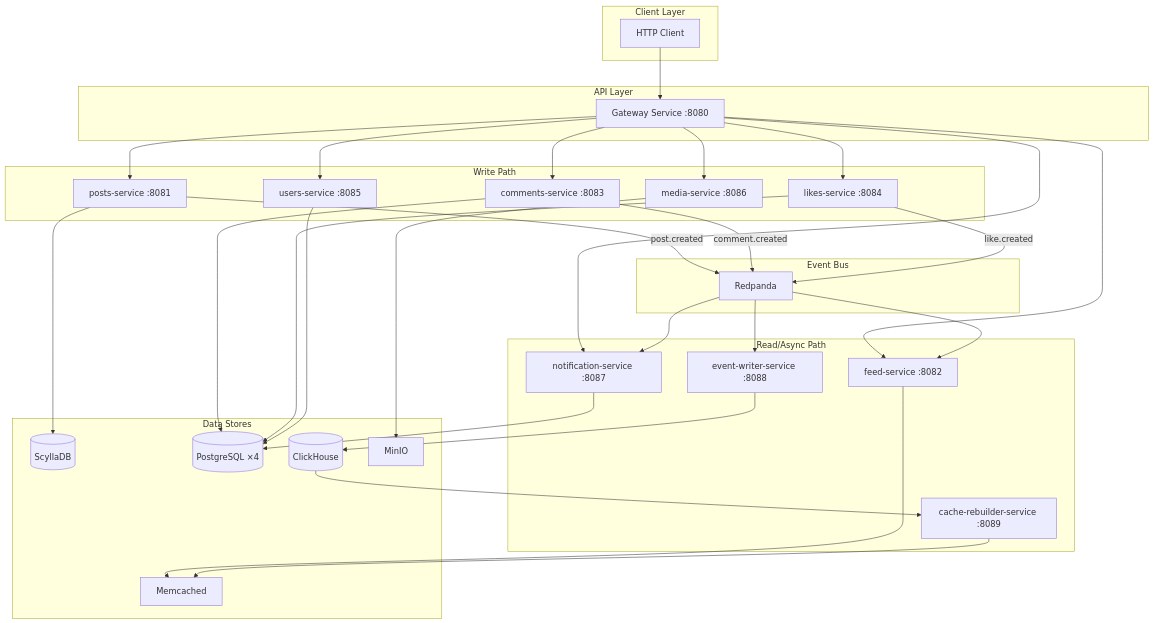
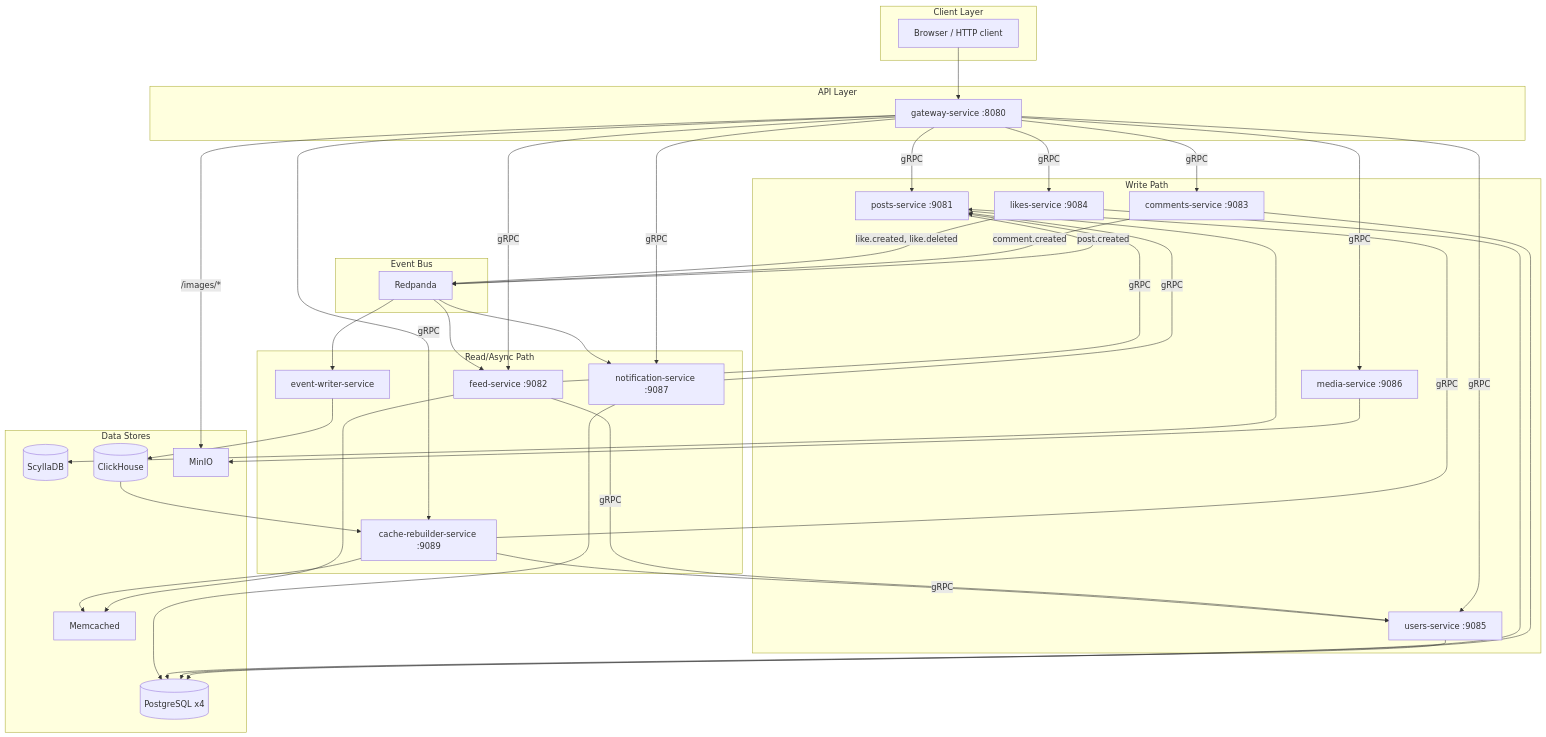
The first of 2 diagrams in docs/architecture.md (vahan-sahakyan/distributed-social-network), drawn with Mermaid before and after one commit. The commit also changed other lines of this file and 6 other files, not shown here.

````diff
--- a/docs/architecture.md
+++ b/docs/architecture.md
@@ -11,59 +11,63 @@
 ```mermaid
 graph TB
     subgraph "Client Layer"
-        Client[HTTP Client]
+        Client[Browser / HTTP client]
     end
 
     subgraph "API Layer"
-        GW[Gateway Service :8080]
+        GW[gateway-service :8080]
     end
 
     subgraph "Write Path"
-        Posts[posts-service :8081]
-        Comments[comments-service :8083]
-        Likes[likes-service :8084]
-        Users[users-service :8085]
-        Media[media-service :8086]
+        Posts[posts-service :9081]
+        Comments[comments-service :9083]
+        Likes[likes-service :9084]
+        Users[users-service :9085]
+        Media[media-service :9086]
     end
 
     subgraph "Event Bus"
         RP[Redpanda]
     end
 
     subgraph "Read/Async Path"
-        Feed[feed-service :8082]
-        Notif[notification-service :8087]
-        EW[event-writer-service :8088]
-        CR[cache-rebuilder-service :8089]
+        Feed[feed-service :9082]
+        Notif[notification-service :9087]
+        EW[event-writer-service]
+        CR[cache-rebuilder-service :9089]
     end
 
     subgraph "Data Stores"
         ScyllaDB[(ScyllaDB)]
-        PG[(PostgreSQL ×4)]
+        PG[(PostgreSQL x4)]
         CH[(ClickHouse)]
         MC[Memcached]
         MIO[MinIO]
     end
 
     Client --> GW
-    GW --> Posts & Comments & Likes & Users & Media & Feed & Notif
+    GW -->|gRPC| Posts & Comments & Likes & Users & Media & Feed & Notif & CR
+    GW -->|/images/*| MIO
 
     Posts --> ScyllaDB
     Posts -->|post.created| RP
     Comments --> PG
     Comments -->|comment.created| RP
     Likes --> PG
-    Likes -->|like.created| RP
+    Likes -->|like.created, like.deleted| RP
     Users --> PG
     Media --> MIO
 
     RP --> Feed
     RP --> Notif
     RP --> EW
 
     Feed --> MC
+    Feed -->|gRPC| Users & Posts
     Notif --> PG
+    Notif -->|gRPC| Posts
     EW --> CH
     CH --> CR
     CR --> MC
+    CR -->|gRPC| Users & Posts
 ```
````
